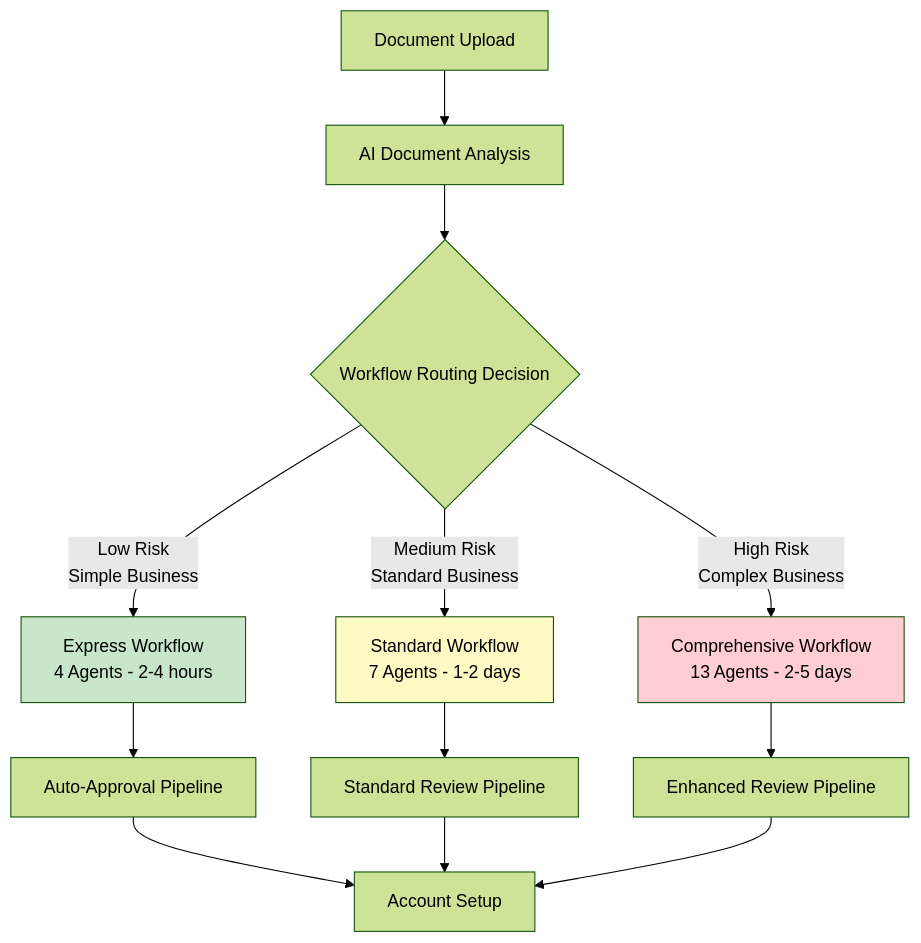
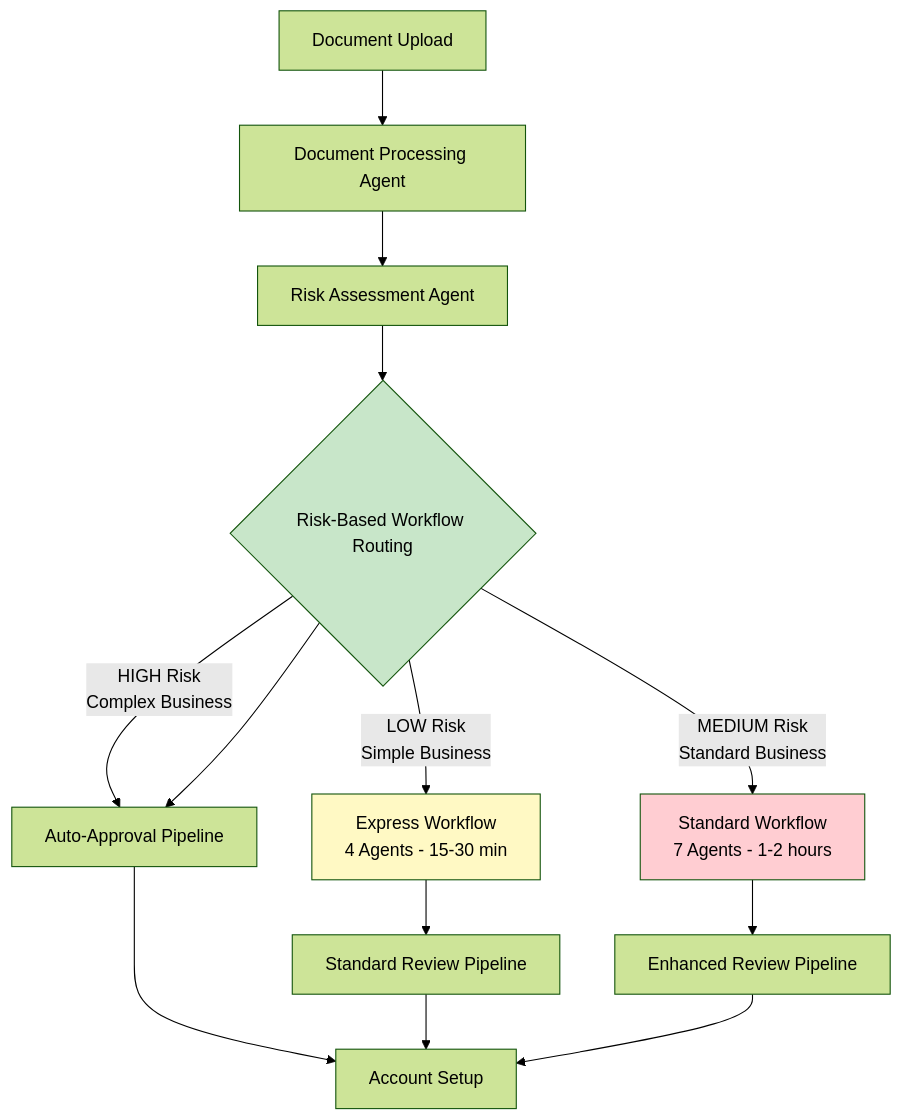
One commit to rishi154/merchant-onboarding changed the first of 12 diagrams in merchant-onboarding/AI_Agent_Architecture_Diagrams.md. Above: the diagram before and after it, drawn with Mermaid (forest theme). The commit also changed other lines of this file and 18 other files, not shown here.

````diff
--- a/merchant-onboarding/AI_Agent_Architecture_Diagrams.md
+++ b/merchant-onboarding/AI_Agent_Architecture_Diagrams.md
@@ -6,21 +6,22 @@
 ```mermaid
 flowchart TD
-    A[Document Upload] --> B[AI Document Analysis]
-    B --> C{Workflow Routing Decision}
+    A[Document Upload] --> B[Document Processing Agent]
+    B --> C[Risk Assessment Agent]
+    C --> D{Risk-Based Workflow Routing}
     
-    C -->|Low Risk<br/>Simple Business| D[Express Workflow<br/>4 Agents - 2-4 hours]
-    C -->|Medium Risk<br/>Standard Business| E[Standard Workflow<br/>7 Agents - 1-2 days]
-    C -->|High Risk<br/>Complex Business| F[Comprehensive Workflow<br/>13 Agents - 2-5 days]
+    D -->|LOW Risk<br/>Simple Business| E[Express Workflow<br/>4 Agents - 15-30 min]
+    D -->|MEDIUM Risk<br/>Standard Business| F[Standard Workflow<br/>7 Agents - 1-2 hours]
+    D -->|HIGH Risk<br/>Complex Business| G[Comprehensive Workflow<br/>14 Agents - 2-4 hours]
     
     D --> G[Auto-Approval Pipeline]
     E --> H[Standard Review Pipeline]
     F --> I[Enhanced Review Pipeline]
     
     G --> J[Account Setup]
     H --> J
     I --> J
     
     style D fill:#c8e6c9
     style E fill:#fff9c4
     style F fill:#ffcdd2
 ```
````
